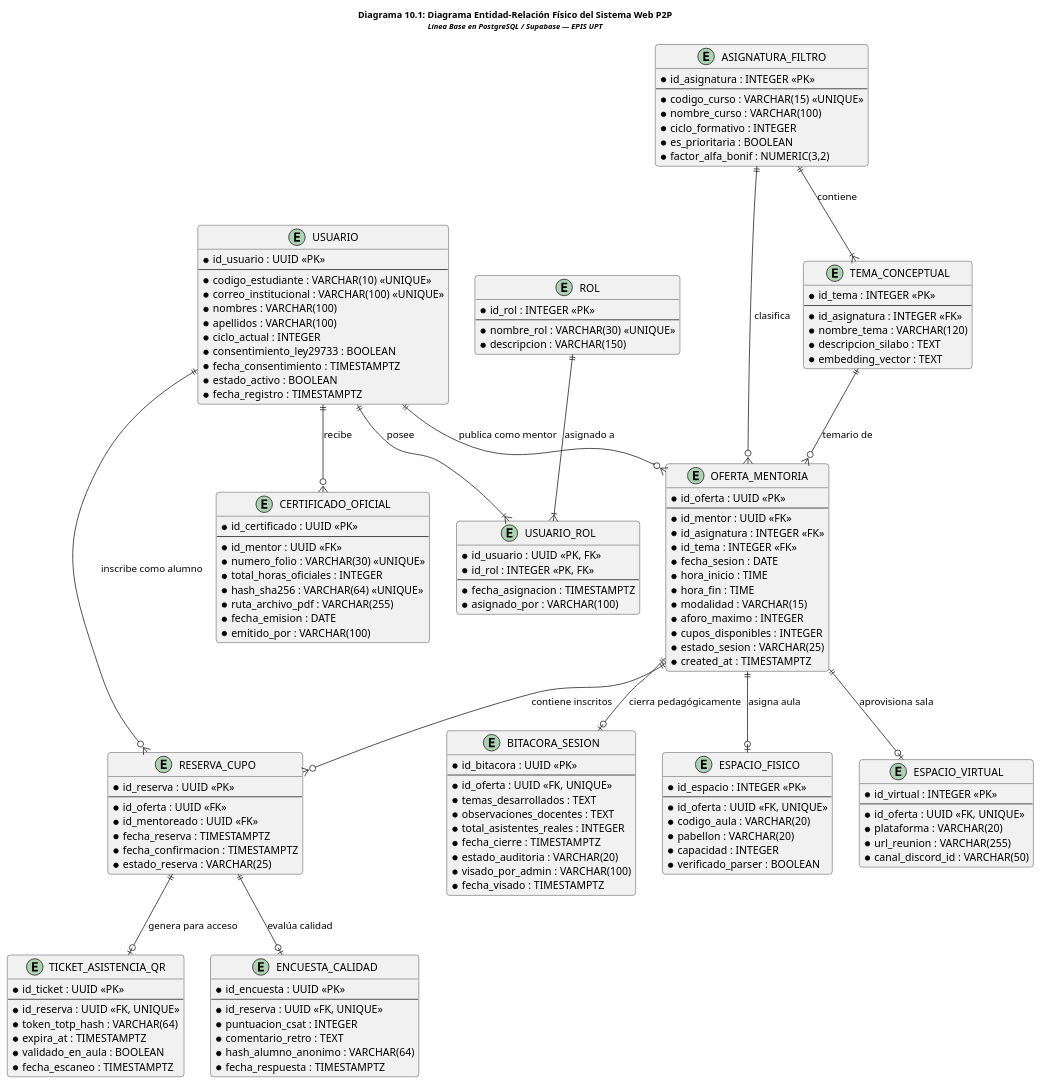
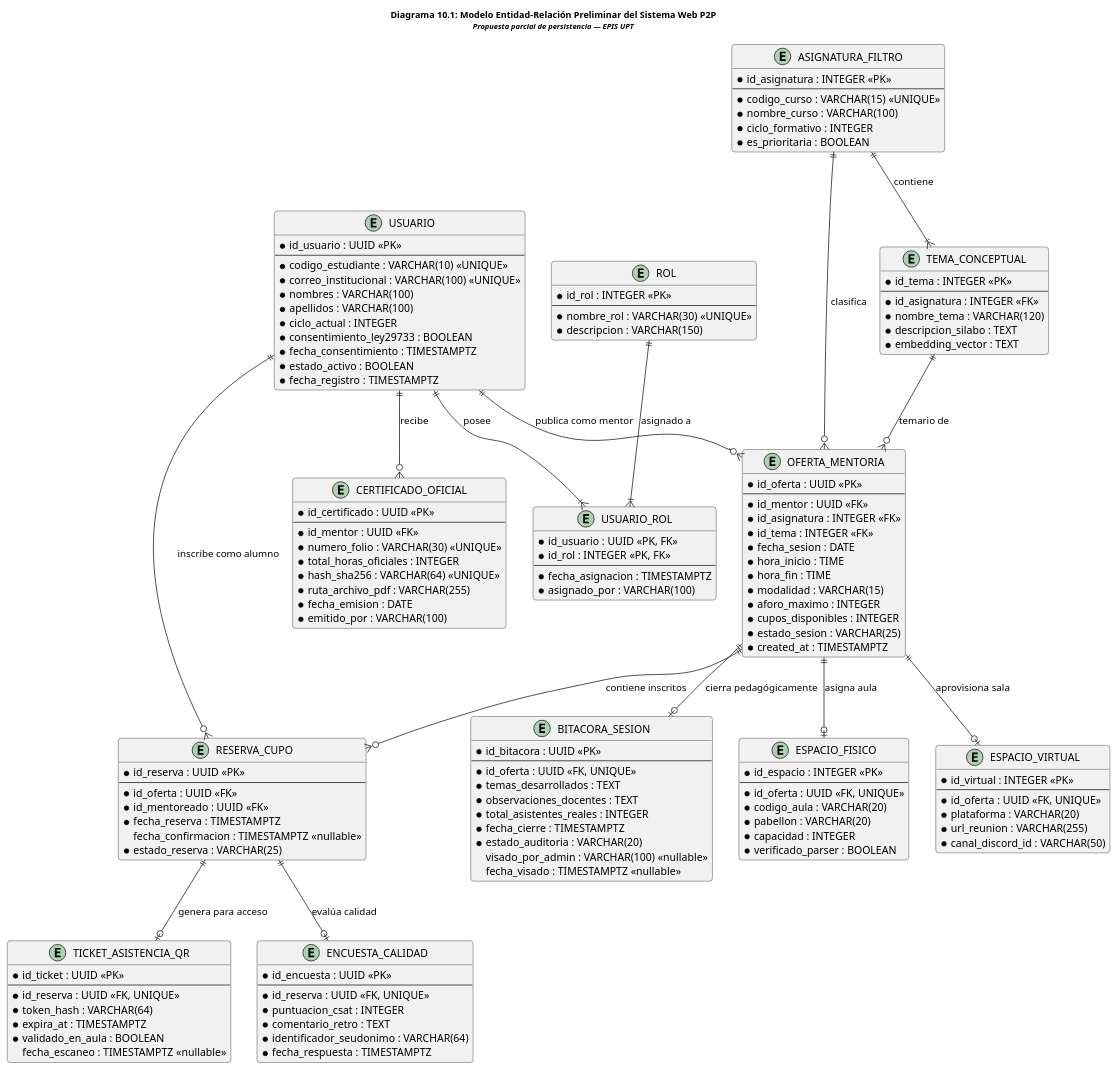
One commit to JMedina255/sistema_web_p2p changed diagram 12 of 12 in docs/FD04-EPIS-Informe SAD de Proyecto.md. Above: the diagram before and after it, drawn with PlantUML. The commit also changed other lines of this file and 5 other files, not shown here.

````diff
--- a/docs/FD04-EPIS-Informe SAD de Proyecto.md
+++ b/docs/FD04-EPIS-Informe SAD de Proyecto.md
@@ -1387,6 +1346,6 @@
 ```plantuml
 @startuml
-title <size:12><b>Diagrama 10.1: Diagrama Entidad-Relación Físico del Sistema Web P2P</b></size>\n<size:10><i>Línea Base en PostgreSQL / Supabase — EPIS UPT</i></size>
+title <size:12><b>Diagrama 10.1: Modelo Entidad-Relación Preliminar del Sistema Web P2P</b></size>\n<size:10><i>Propuesta parcial de persistencia — EPIS UPT</i></size>
 
 skinparam shadowing false
 skinparam roundcorner 8
@@ -1430,7 +1389,6 @@
     * nombre_curso : VARCHAR(100)
     * ciclo_formativo : INTEGER
     * es_prioritaria : BOOLEAN
-    * factor_alfa_bonif : NUMERIC(3,2)
 }
 
 entity "TEMA_CONCEPTUAL" as tema {
@@ -1483,7 +1441,7 @@
     * id_oferta : UUID <<FK>>
     * id_mentoreado : UUID <<FK>>
     * fecha_reserva : TIMESTAMPTZ
-    * fecha_confirmacion : TIMESTAMPTZ
+    fecha_confirmacion : TIMESTAMPTZ <<nullable>>
     * estado_reserva : VARCHAR(25)
 }
 
@@ -1491,10 +1449,10 @@
     * id_ticket : UUID <<PK>>
     --
     * id_reserva : UUID <<FK, UNIQUE>>
-    * token_totp_hash : VARCHAR(64)
+    * token_hash : VARCHAR(64)
     * expira_at : TIMESTAMPTZ
     * validado_en_aula : BOOLEAN
-    * fecha_escaneo : TIMESTAMPTZ
+    fecha_escaneo : TIMESTAMPTZ <<nullable>>
 }
 
 entity "BITACORA_SESION" as bitacora {
@@ -1506,8 +1464,8 @@
     * total_asistentes_reales : INTEGER
     * fecha_cierre : TIMESTAMPTZ
     * estado_auditoria : VARCHAR(20)
-    * visado_por_admin : VARCHAR(100)
-    * fecha_visado : TIMESTAMPTZ
+    visado_por_admin : VARCHAR(100) <<nullable>>
+    fecha_visado : TIMESTAMPTZ <<nullable>>
 }
 
 entity "ENCUESTA_CALIDAD" as encuesta {
@@ -1516,7 +1474,7 @@
     * id_reserva : UUID <<FK, UNIQUE>>
     * puntuacion_csat : INTEGER
     * comentario_retro : TEXT
-    * hash_alumno_anonimo : VARCHAR(64)
+    * identificador_seudonimo : VARCHAR(64)
     * fecha_respuesta : TIMESTAMPTZ
 }
 
````
